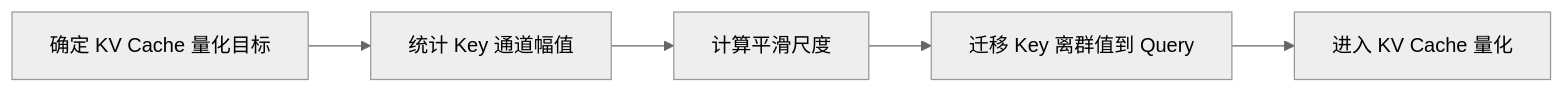
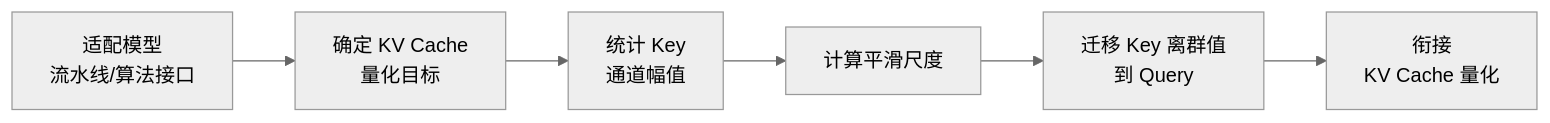
One commit to mindstudio-docs/master changed the diagram in msmodelslim/docs/zh/knowledge_base/quantization_algorithms/kv_smooth/usage_kv_smooth.md. Above: the diagram before and after it, drawn with Mermaid (neutral theme). The commit also changed other lines of this file and 235 other files, not shown here.

````diff
--- a/msmodelslim/docs/zh/knowledge_base/quantization_algorithms/kv_smooth/usage_kv_smooth.md
+++ b/msmodelslim/docs/zh/knowledge_base/quantization_algorithms/kv_smooth/usage_kv_smooth.md
@@ -24,7 +28,8 @@
 ```mermaid
 flowchart LR
-    A[确定 KV Cache 量化目标] --> B[统计 Key 通道幅值]
-    B[统计 Key 通道幅值] --> C[计算平滑尺度]
-    C[计算平滑尺度] --> D[迁移 Key 离群值到 Query]
-    D[迁移 Key 离群值到 Query] --> E[进入 KV Cache 量化]
+    A[适配模型<br/>流水线/算法接口] --> B[确定 KV Cache<br/>量化目标]
+    B --> C[统计 Key<br/>通道幅值]
+    C --> D[计算平滑尺度]
+    D --> E[迁移 Key 离群值<br/>到 Query]
+    E --> F[衔接<br/>KV Cache 量化]
 ```
````
